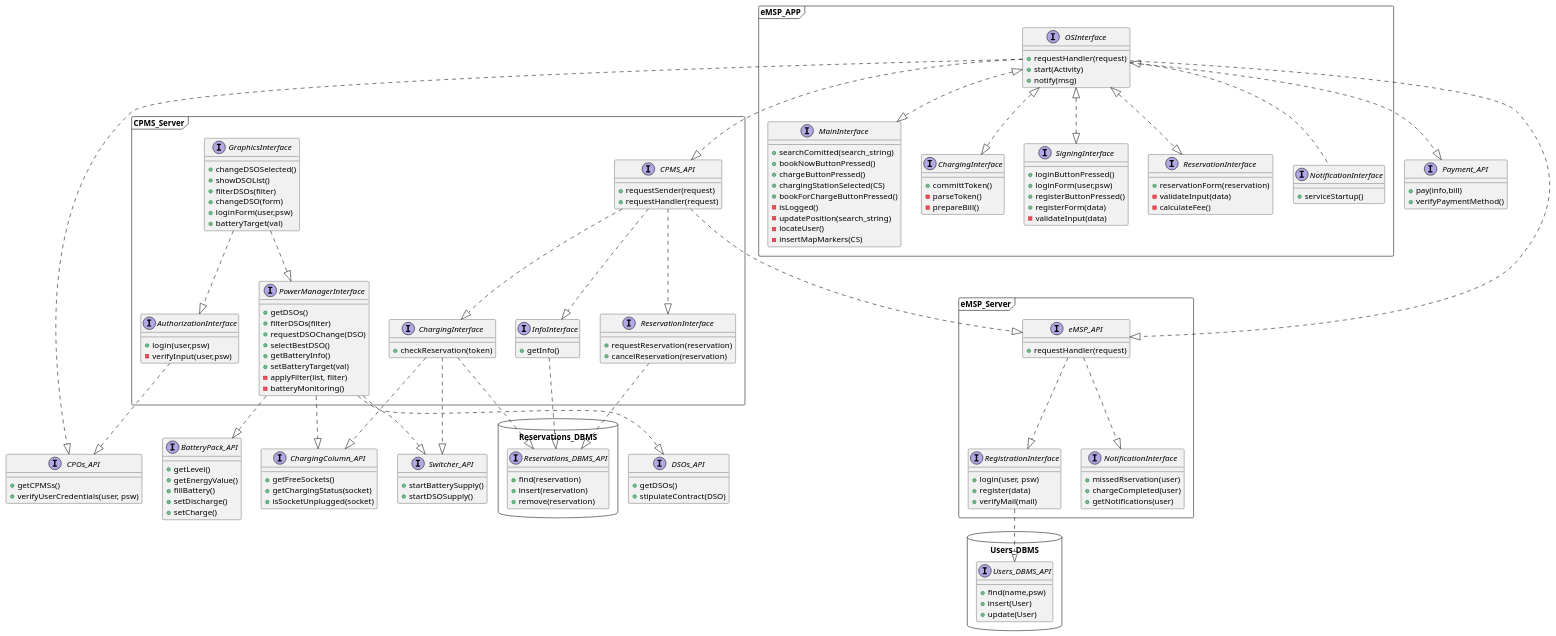
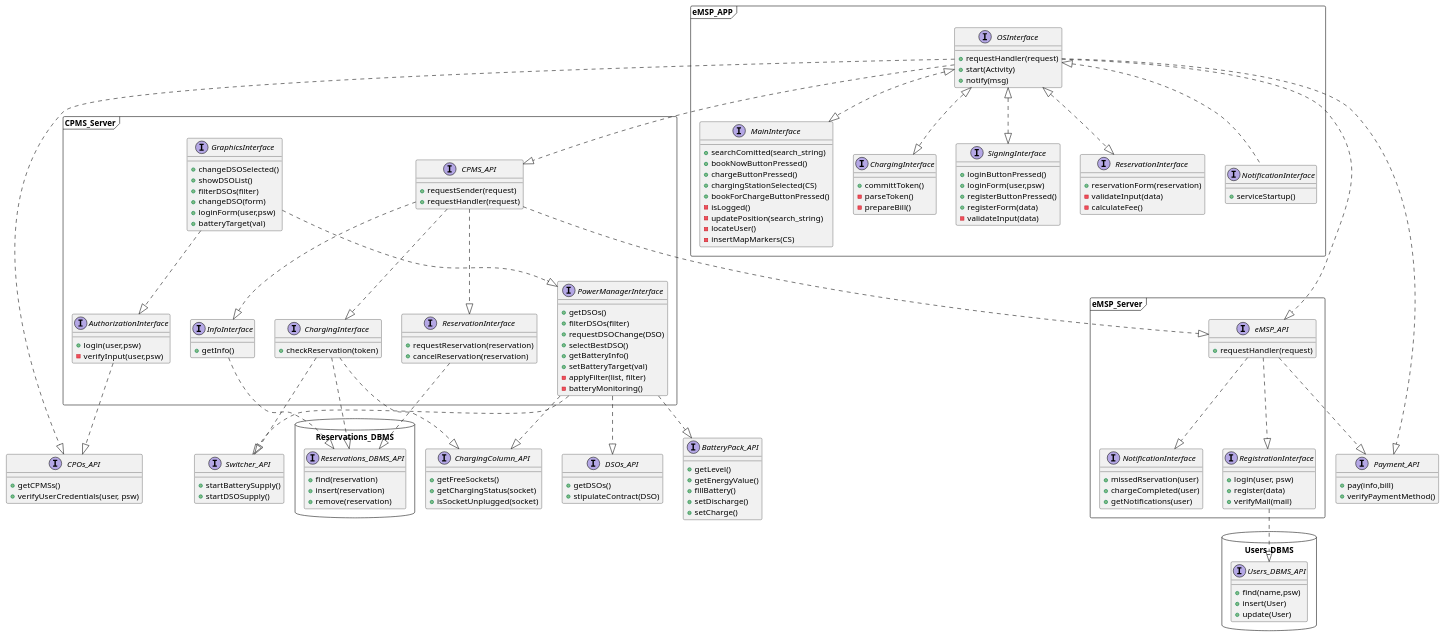
One commit to RiccardoBravin/BravinFeltrin changed the diagram in DD/class/Class diagram.wsd. Above: the diagram before and after it, drawn with PlantUML. The commit also changed 11 other files, not shown here.

```diff
--- a/DD/class/Class diagram.wsd
+++ b/DD/class/Class diagram.wsd
@@ -200,6 +200,7 @@
 
 
 eMSP_Server.RegistrationInterface..|>Users_DBMS_API
+eMSP_Server.eMSP_API..|>Payment_API
 
 CPMS_Server.CPMS_API..|>eMSP_Server.eMSP_API
 
```
